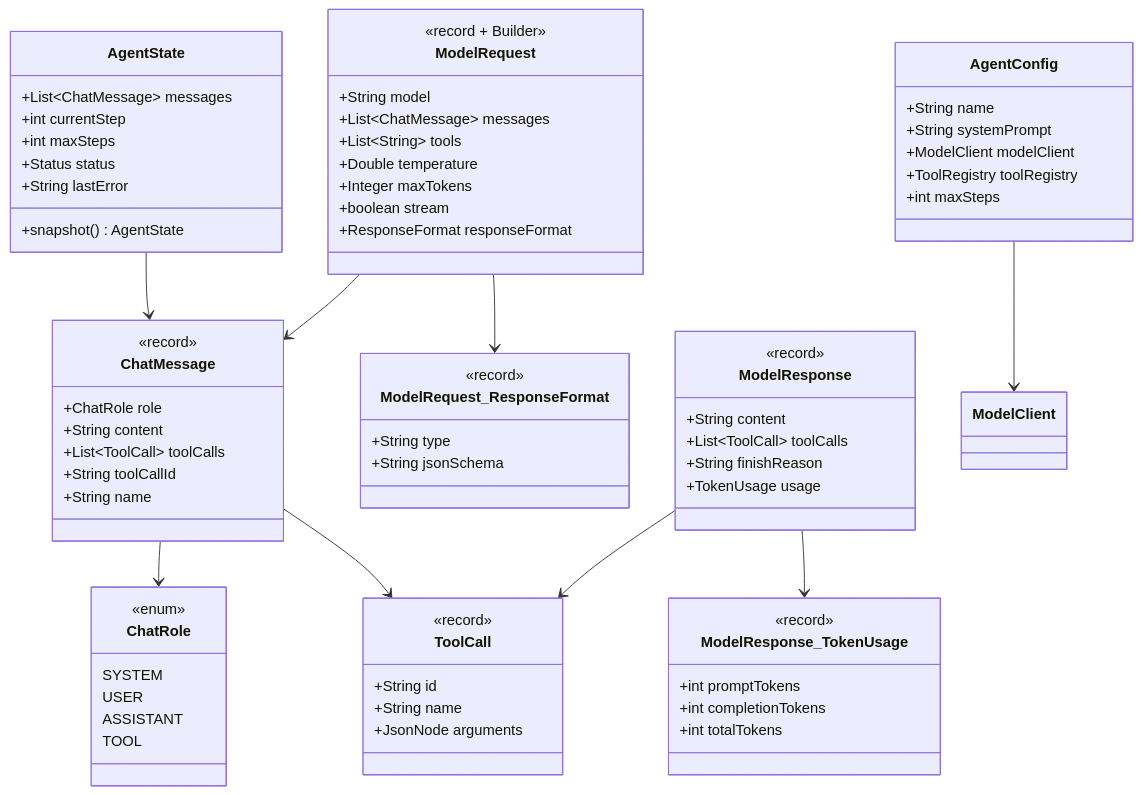
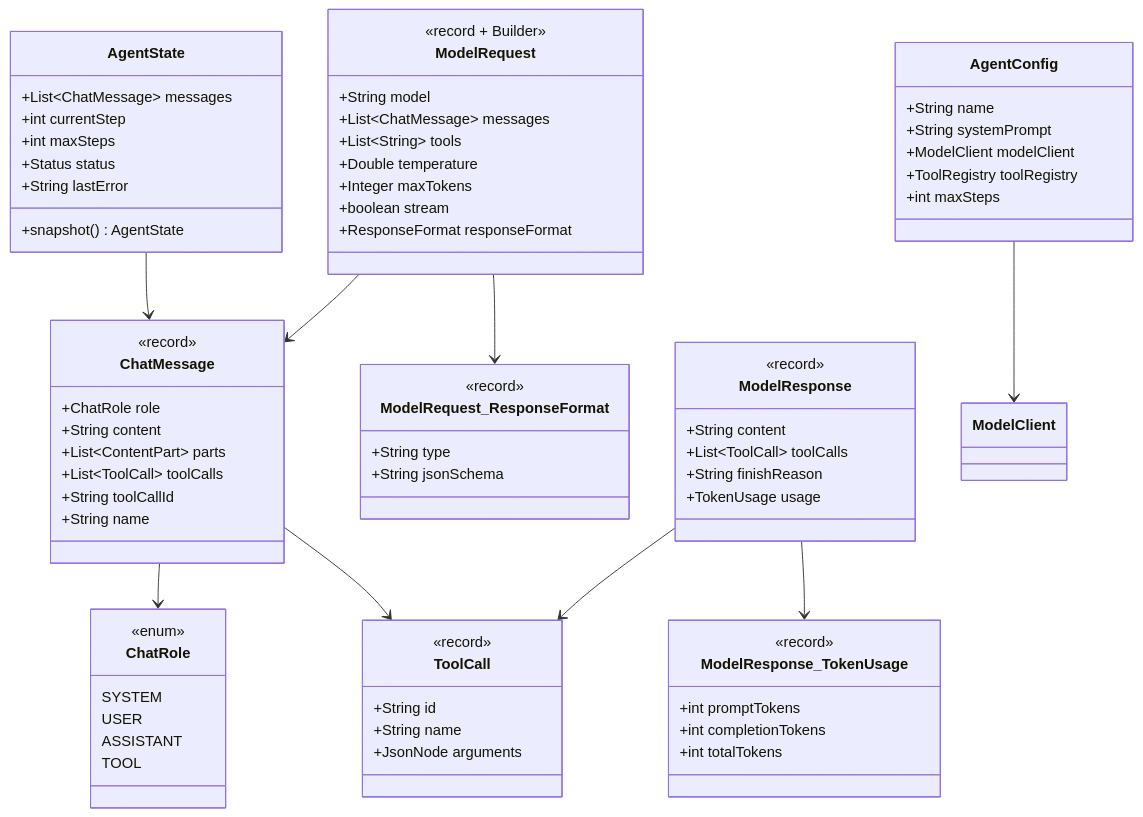
Before and after one commit to qwzhang01/agent4j: the eighth of 11 diagrams in notes/architecture-stage-1-2.md, drawn with Mermaid. The commit also changed other lines of this file and 43 other files, not shown here.

```diff
--- a/notes/architecture-stage-1-2.md
+++ b/notes/architecture-stage-1-2.md
@@ -353,6 +353,7 @@
     class ChatMessage {
         +ChatRole role
         +String content
+        +List~ContentPart~ parts
         +List~ToolCall~ toolCalls
         +String toolCallId
         +String name
```
